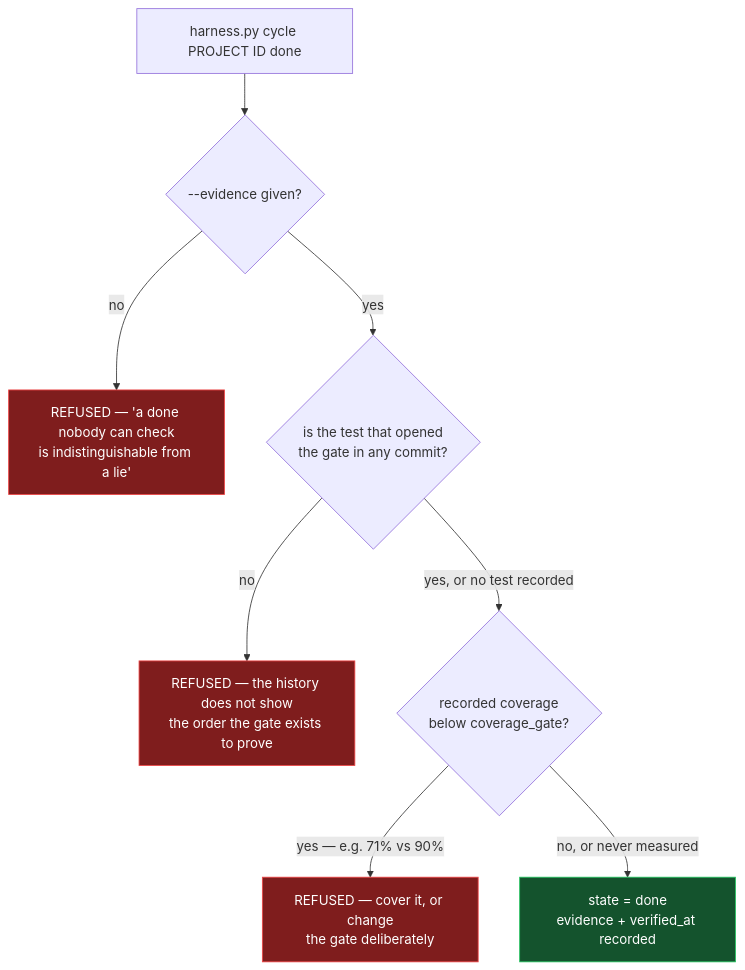
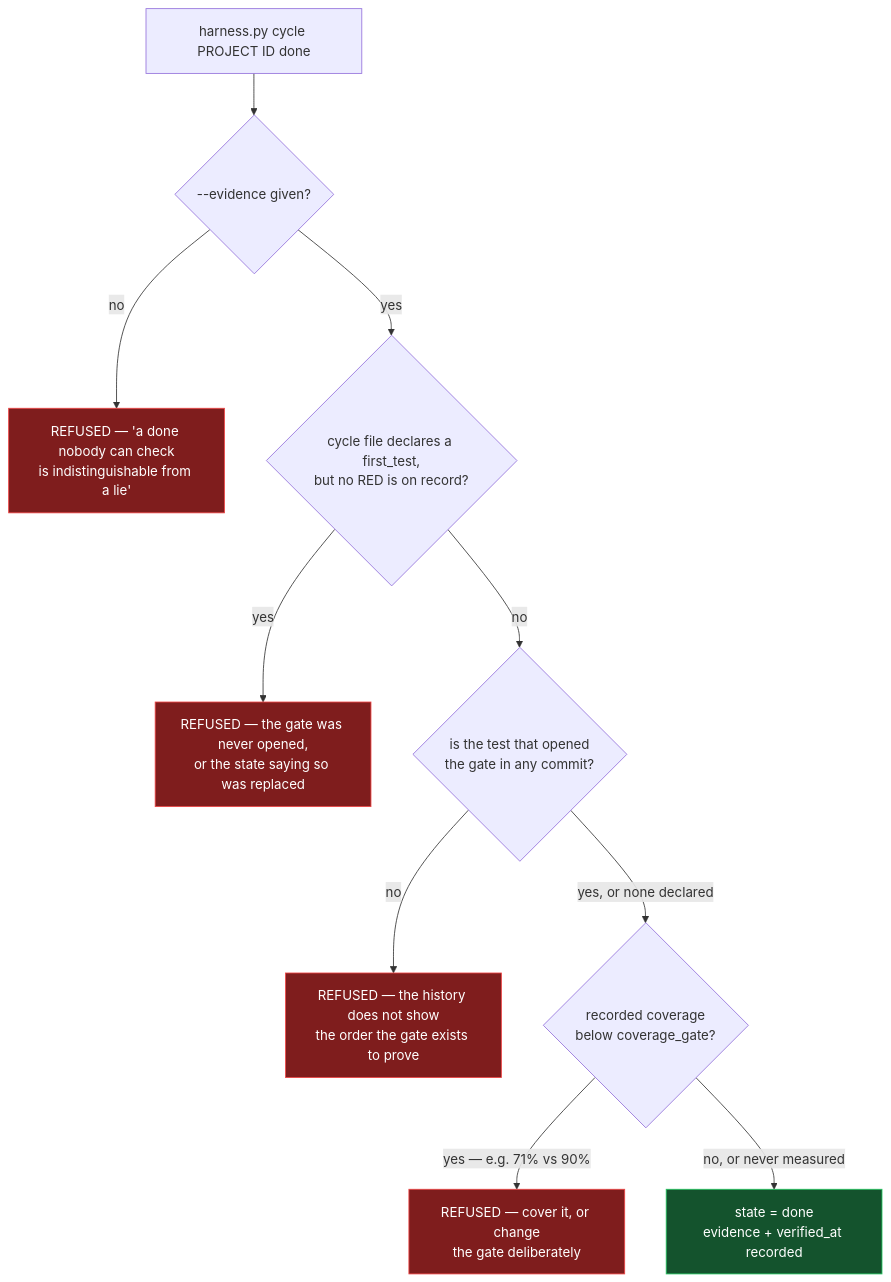
One commit to tonsai987654321/claude-tdd-harness changed the third of 7 diagrams in docs/FLOW.md. Above: the diagram before and after it, drawn with Mermaid. The commit also changed other lines of this file, not shown here.

First line of the commit message:
docs: redraw for 0.7.0, and add the diagram that says which checks are only evidence

````diff
--- a/docs/FLOW.md
+++ b/docs/FLOW.md
@@ -124,15 +126,18 @@
 ```mermaid
 flowchart TD
     A["harness.py cycle PROJECT ID done"] --> B{"--evidence given?"}
     B -- no --> R1["REFUSED — 'a done nobody can check<br/>is indistinguishable from a lie'"]
-    B -- yes --> G{"is the test that opened<br/>the gate in any commit?"}
+    B -- yes --> N{"cycle file declares a first_test,<br/>but no RED is on record?"}
+    N -- yes --> R4["REFUSED — the gate was never opened,<br/>or the state saying so was replaced"]
+    N -- no --> G{"is the test that opened<br/>the gate in any commit?"}
     G -- no --> R3["REFUSED — the history does not show<br/>the order the gate exists to prove"]
-    G -- "yes, or no test recorded" --> C{"recorded coverage<br/>below coverage_gate?"}
+    G -- "yes, or none declared" --> C{"recorded coverage<br/>below coverage_gate?"}
     C -- "yes — e.g. 71% vs 90%" --> R2["REFUSED — cover it, or change<br/>the gate deliberately"]
     C -- "no, or never measured" --> D["state = done<br/>evidence + verified_at recorded"]
 
     style R1 fill:#7f1d1d,stroke:#ef4444,color:#fff
     style R2 fill:#7f1d1d,stroke:#ef4444,color:#fff
     style R3 fill:#7f1d1d,stroke:#ef4444,color:#fff
+    style R4 fill:#7f1d1d,stroke:#ef4444,color:#fff
     style D fill:#14532d,stroke:#22c55e,color:#fff
 ```
````
